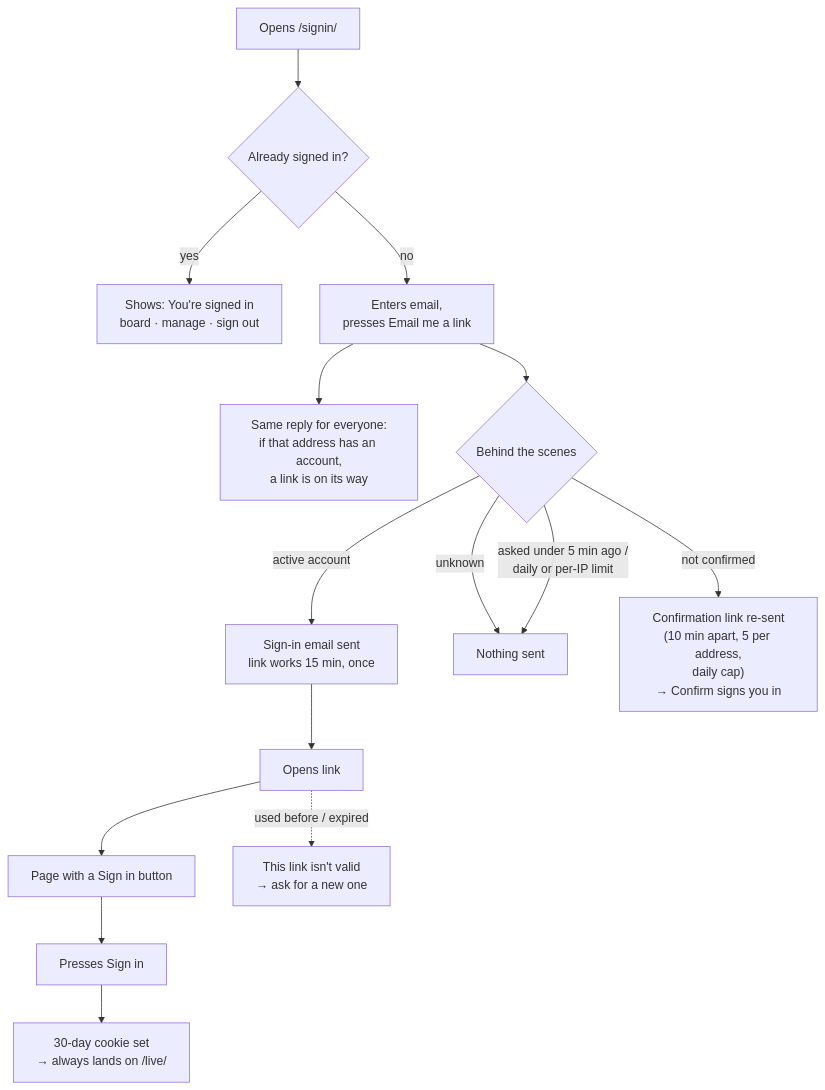
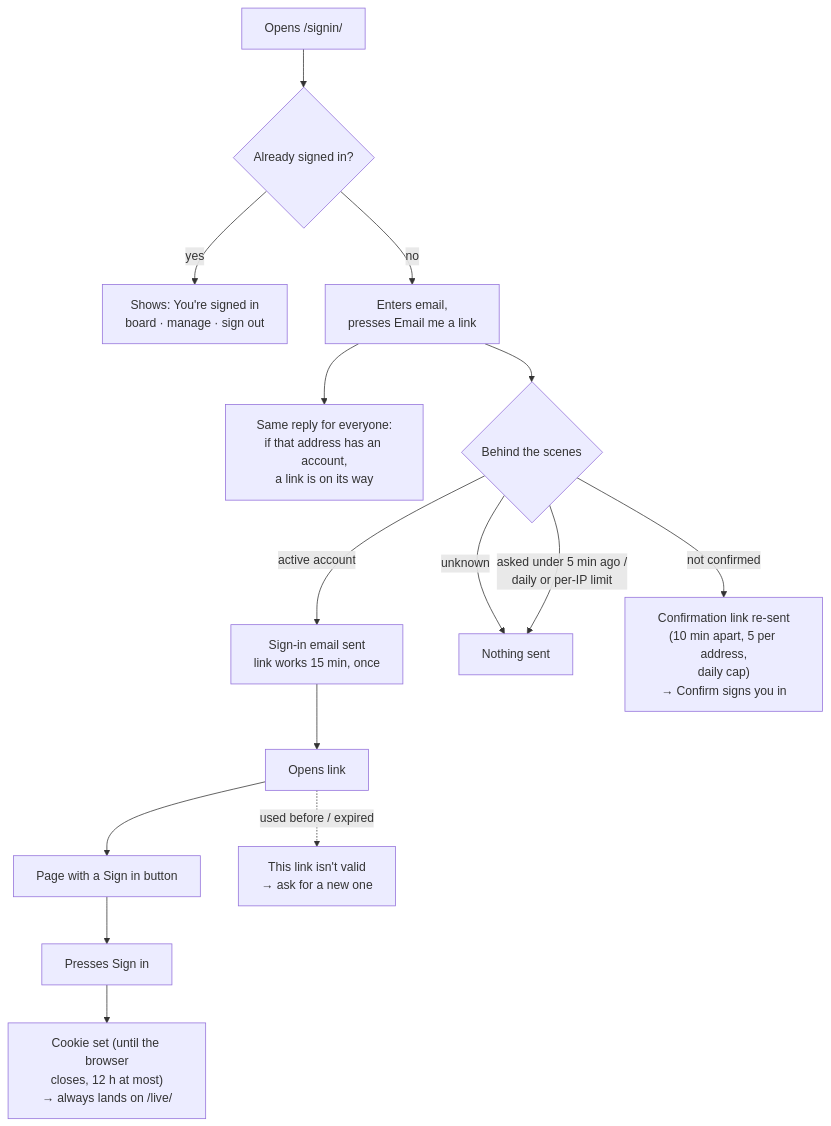
The second of 3 diagrams in docs/subscriptions/account-flows.md (bhawnamanglapm/travel-problem-radar-case-study), drawn with Mermaid before and after one commit. The commit also changed other lines of this file and 8 other files, not shown here.

First line of the commit message:
Docs: home page audit, sign-in until the browser closes

````diff
--- a/docs/subscriptions/account-flows.md
+++ b/docs/subscriptions/account-flows.md
@@ -49,17 +49,17 @@
 ```mermaid
 flowchart TD
   A["Opens /signin/"] --> B{"Already signed in?"}
   B -- yes --> B1["Shows: You're signed in<br/>board · manage · sign out"]
   B -- no --> C["Enters email,<br/>presses Email me a link"]
   C --> R["Same reply for everyone:<br/>if that address has an account,<br/>a link is on its way"]
   C --> D{"Behind the scenes"}
   D -- "active account" --> E["Sign-in email sent<br/>link works 15 min, once"]
   D -- "unknown" --> N["Nothing sent"]
   D -- "not confirmed" --> CF["Confirmation link re-sent<br/>(10 min apart, 5 per address,<br/>daily cap)<br/>→ Confirm signs you in"]
   D -- "asked under 5 min ago /<br/>daily or per-IP limit" --> N
   E --> F["Opens link"]
   F --> G["Page with a Sign in button"]
   G --> H["Presses Sign in"]
-  H --> I["30-day cookie set<br/>→ always lands on /live/"]
+  H --> I["Cookie set (until the browser<br/>closes, 12 h at most)<br/>→ always lands on /live/"]
   F -. "used before / expired" .-> Z["This link isn't valid<br/>→ ask for a new one"]
 ```
````
